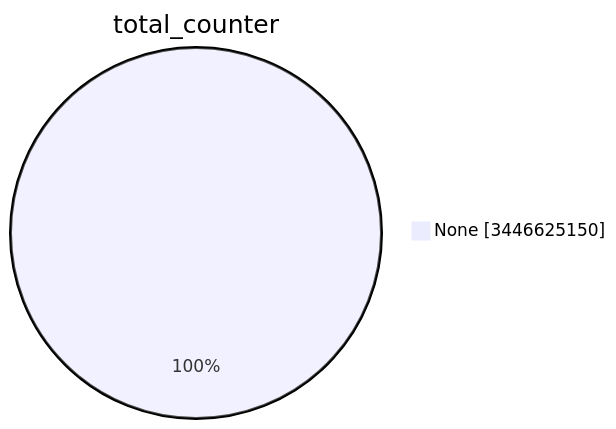
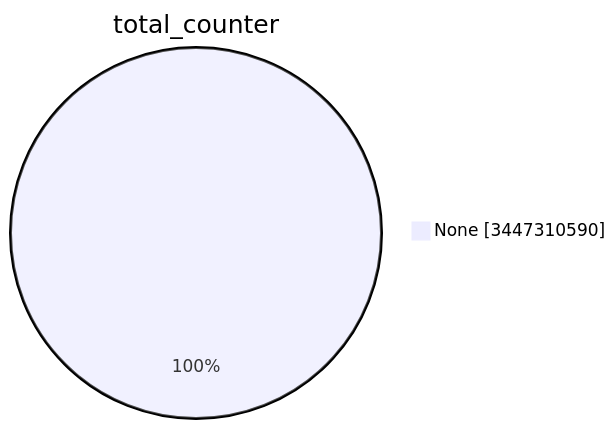
Before and after one commit to christiankrug/ctmonitor_visualization: the first of 15 diagrams in TOTAL/README.md, drawn with Mermaid. The commit also changed other lines of this file, not shown here.

````diff
--- a/TOTAL/README.md
+++ b/TOTAL/README.md
@@ -1,5 +1,5 @@
 ```mermaid
 pie showData
 title total_counter
-"None" :3446625150
+"None" :3447310590
 ```
````
